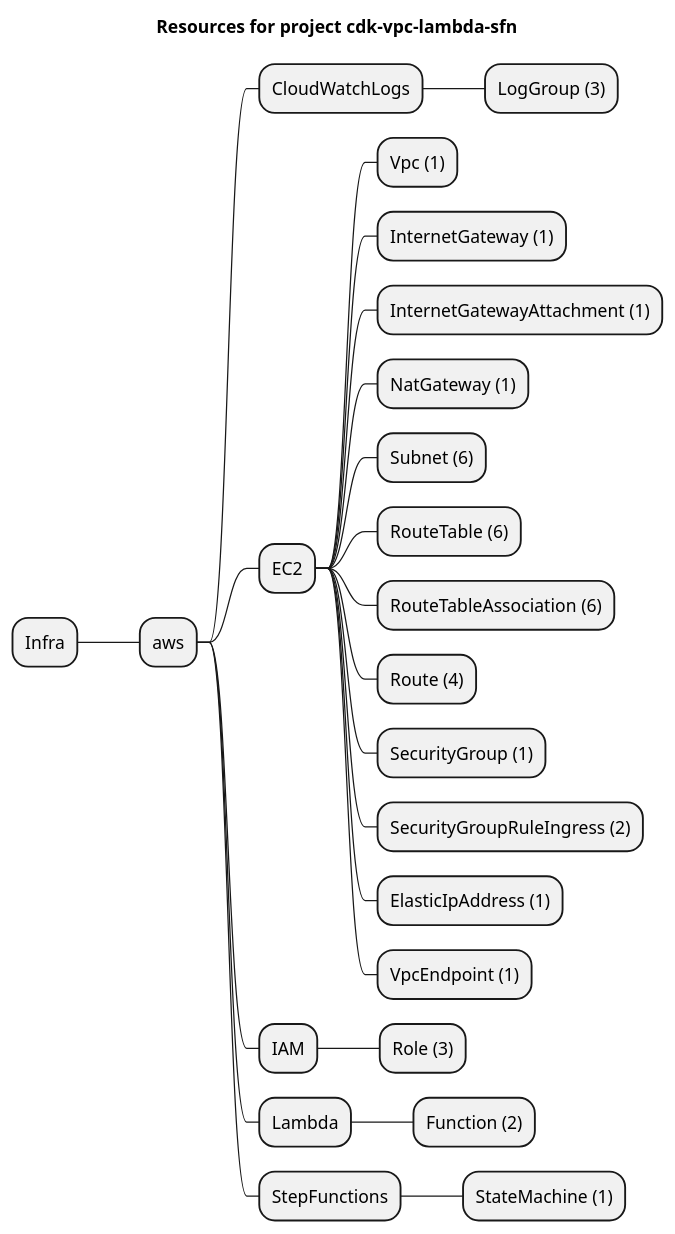
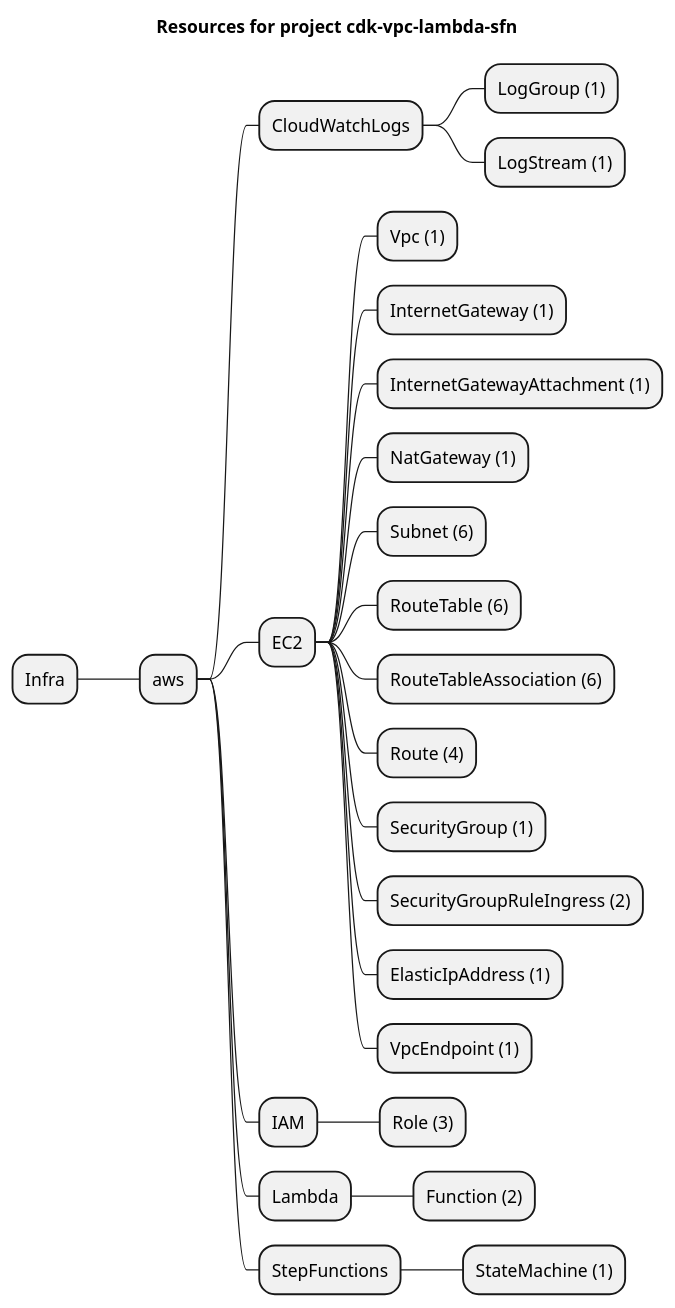
Before and after one commit to grucloud/grucloud: the diagram in examples/aws/serverless-patterns/cdk-vpc-lambda-sfn/artifacts/resources-mindmap.puml, drawn with PlantUML. The commit also changed 68 other files, not shown here.

```diff
--- a/examples/aws/serverless-patterns/cdk-vpc-lambda-sfn/artifacts/resources-mindmap.puml
+++ b/examples/aws/serverless-patterns/cdk-vpc-lambda-sfn/artifacts/resources-mindmap.puml
@@ -1,27 +1,28 @@
 @startmindmap
 title Resources for project cdk-vpc-lambda-sfn
 skinparam monochrome true
 + Infra
 ++ aws
 +++ CloudWatchLogs
-++++ LogGroup (3)
+++++ LogGroup (1)
+++++ LogStream (1)
 +++ EC2
 ++++ Vpc (1)
 ++++ InternetGateway (1)
 ++++ InternetGatewayAttachment (1)
 ++++ NatGateway (1)
 ++++ Subnet (6)
 ++++ RouteTable (6)
 ++++ RouteTableAssociation (6)
 ++++ Route (4)
 ++++ SecurityGroup (1)
 ++++ SecurityGroupRuleIngress (2)
 ++++ ElasticIpAddress (1)
 ++++ VpcEndpoint (1)
 +++ IAM
 ++++ Role (3)
 +++ Lambda
 ++++ Function (2)
 +++ StepFunctions
 ++++ StateMachine (1)
 @endmindmap
```
